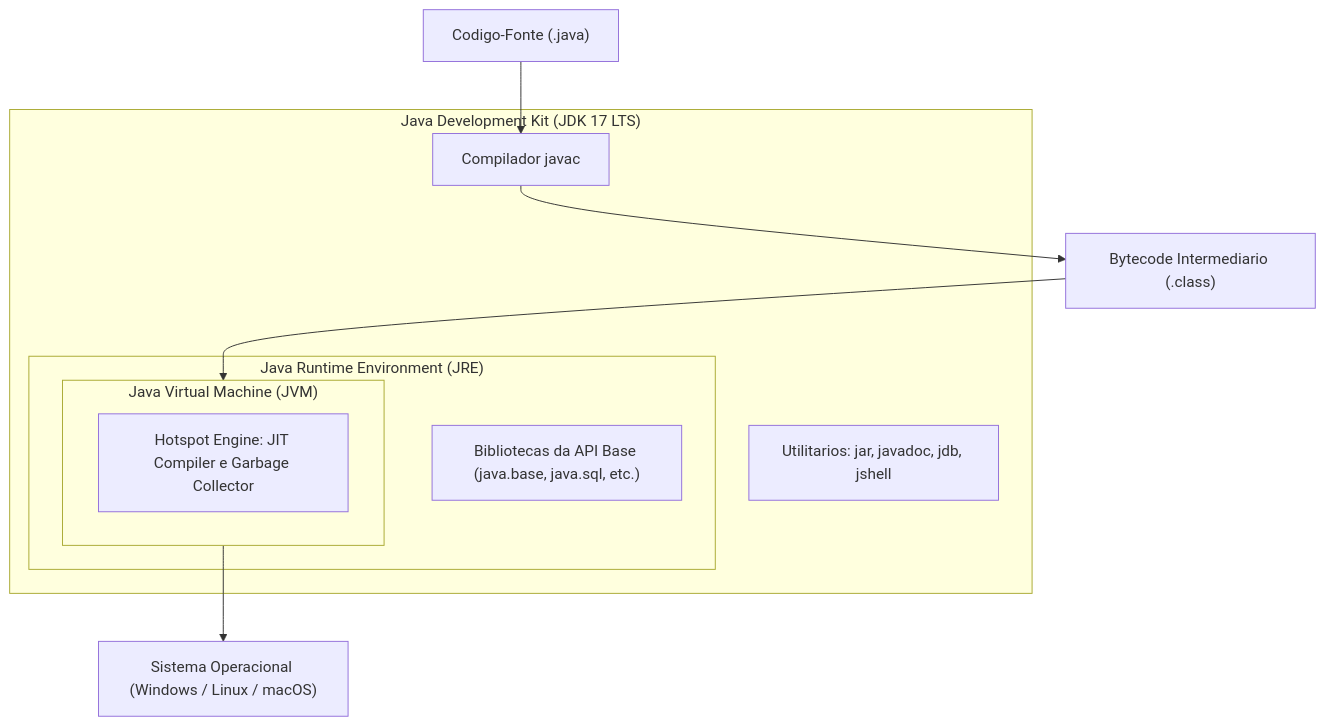
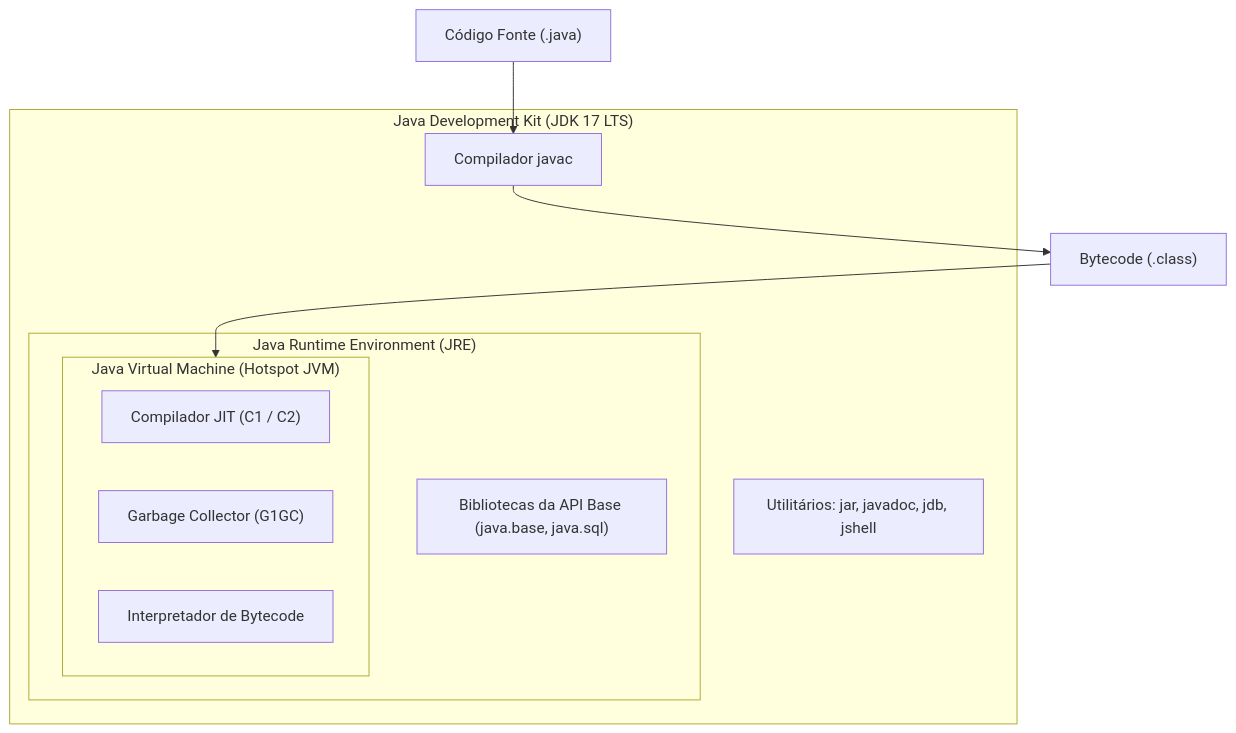
Before and after one commit to murilolol/unifef: the seventh of 26 diagrams in 3º Semestre/[Prof. Jefferson Passerini] Laboratório de Programação III/Resumos-IA/Simulados-Comentados.md, drawn with Mermaid. The commit also changed other lines of this file and 10 other files, not shown here.

````diff
--- a/3º Semestre/[Prof. Jefferson Passerini] Laboratório de Programação III/Resumos-IA/Simulados-Comentados.md
+++ b/3º Semestre/[Prof. Jefferson Passerini] Laboratório de Programação III/Resumos-IA/Simulados-Comentados.md
@@ -70,17 +419,18 @@
 ```mermaid
 flowchart TD
-    subgraph JDK["Java Development Kit (JDK 17 LTS)"]
-        subgraph JRE["Java Runtime Environment (JRE)"]
-            subgraph JVM["Java Virtual Machine (JVM)"]
-                Hotspot["Hotspot Engine: JIT Compiler e Garbage Collector"]
-            end
-            CoreLibs["Bibliotecas da API Base (java.base, java.sql, etc.)"]
-        end
-        Compilador["Compilador javac"]
-        DevTools["Utilitarios: jar, javadoc, jdb, jshell"]
+  subgraph JDK["Java Development Kit (JDK 17 LTS)"]
+    Compilador["Compilador javac"]
+    Ferramentas["Utilitários: jar, javadoc, jdb, jshell"]
+    subgraph JRE["Java Runtime Environment (JRE)"]
+      APILibs["Bibliotecas da API Base (java.base, java.sql)"]
+      subgraph JVM["Java Virtual Machine (Hotspot JVM)"]
+        JIT["Compilador JIT (C1 / C2)"]
+        GC["Garbage Collector (G1GC)"]
+        Interpreter["Interpretador de Bytecode"]
+      end
     end
-    Source["Codigo-Fonte (.java)"] --> Compilador
-    Compilador --> Bytecode["Bytecode Intermediario (.class)"]
-    Bytecode --> JVM
-    JVM --> OS["Sistema Operacional (Windows / Linux / macOS)"]
+  end
+  CodFonte["Código Fonte (.java)"] --> Compilador
+  Compilador --> Bytecode["Bytecode (.class)"]
+  Bytecode --> JVM
 ```
````
